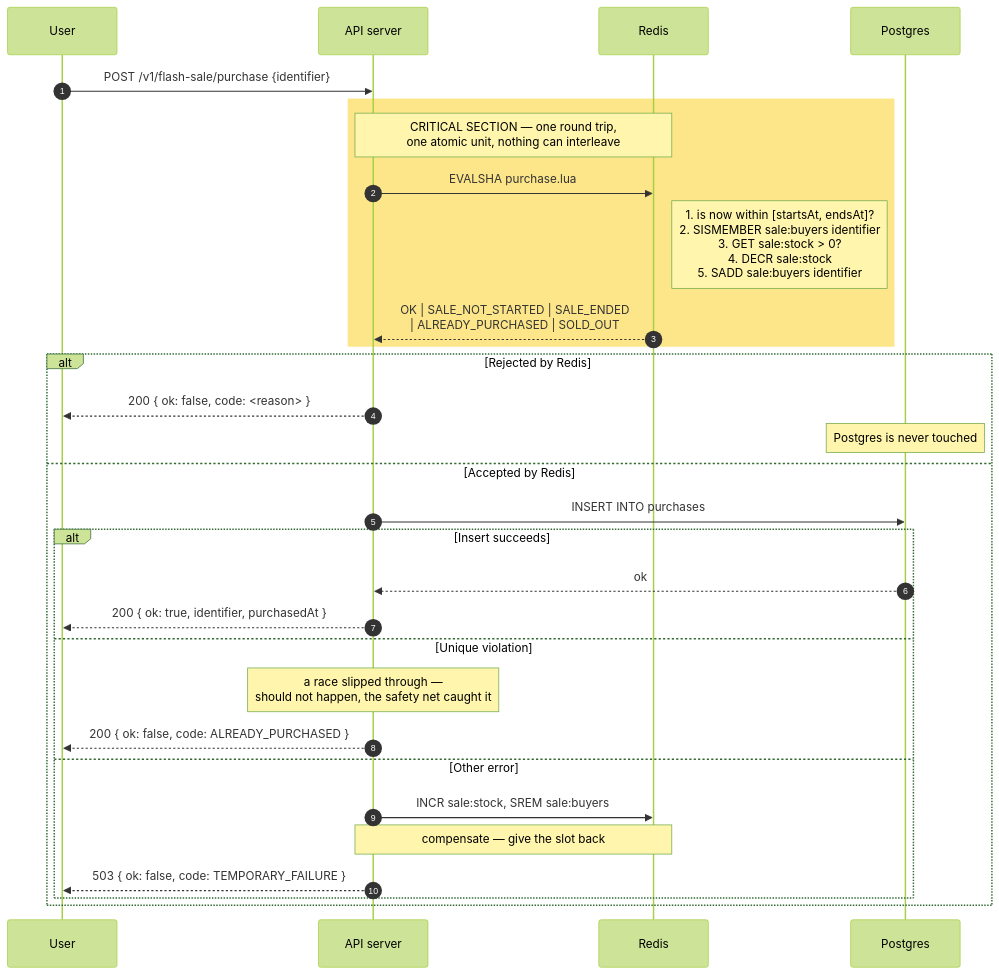
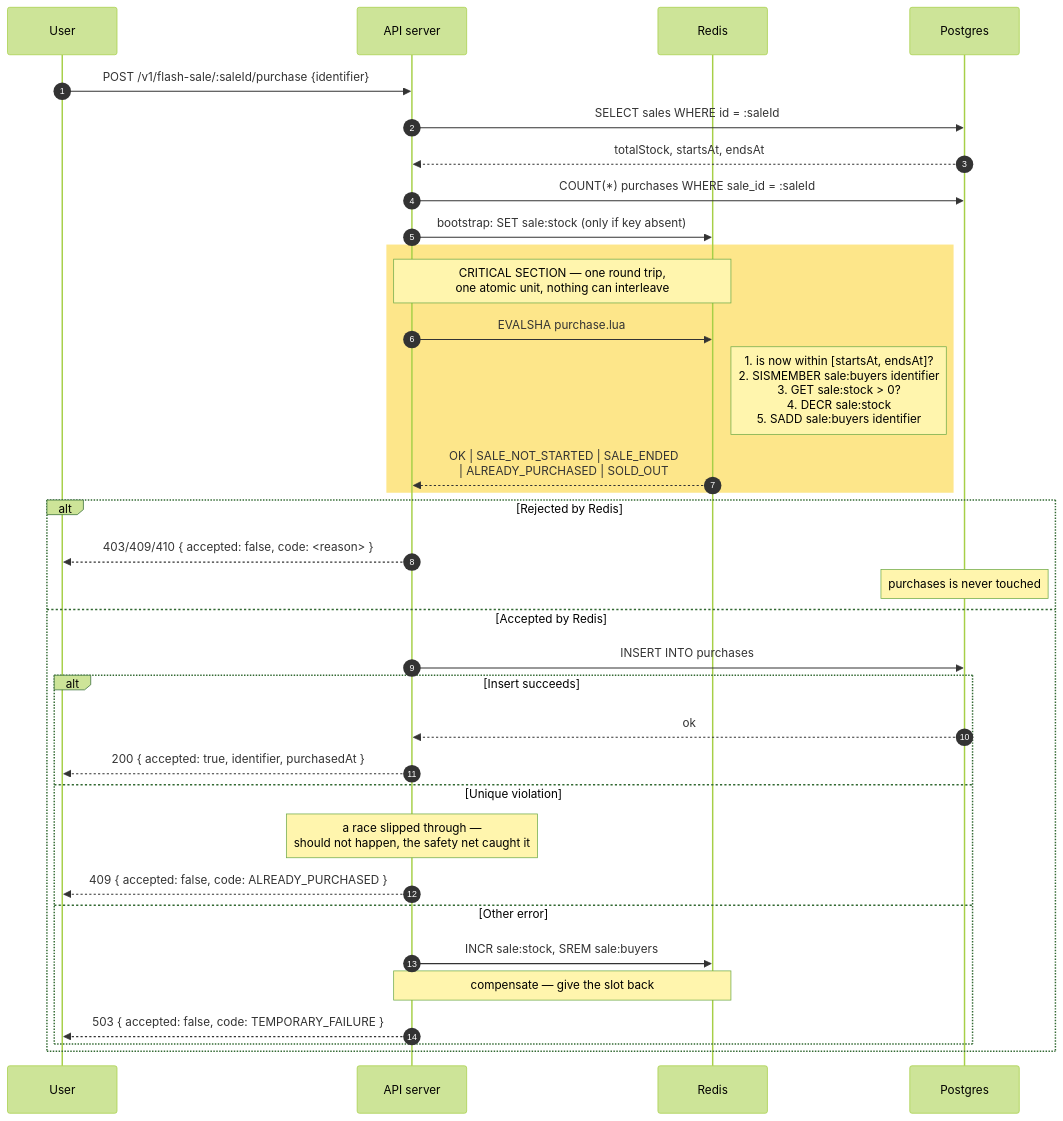
One commit to asrafmi/bookipi-technical-test changed the second of 2 diagrams in README.md. Above: the diagram before and after it, drawn with Mermaid (forest theme). The commit also changed other lines of this file and 2 other files, not shown here.

````diff
--- a/README.md
+++ b/README.md
@@ -109,35 +125,40 @@
 ```mermaid
 sequenceDiagram
     autonumber
     participant U as User
     participant API as API server
     participant R as Redis
     participant PG as Postgres
 
-    U->>API: POST /v1/flash-sale/purchase {identifier}
+    U->>API: POST /v1/flash-sale/:saleId/purchase {identifier}
+
+    API->>PG: SELECT sales WHERE id = :saleId
+    PG-->>API: totalStock, startsAt, endsAt
+    API->>PG: COUNT(*) purchases WHERE sale_id = :saleId
+    API->>R: bootstrap: SET sale:stock (only if key absent)
 
     rect rgb(253, 230, 138)
     Note over API,R: CRITICAL SECTION — one round trip,<br/>one atomic unit, nothing can interleave
     API->>R: EVALSHA purchase.lua
     Note right of R: 1. is now within [startsAt, endsAt]?<br/>2. SISMEMBER sale:buyers identifier<br/>3. GET sale:stock > 0?<br/>4. DECR sale:stock<br/>5. SADD sale:buyers identifier
     R-->>API: OK | SALE_NOT_STARTED | SALE_ENDED<br/>| ALREADY_PURCHASED | SOLD_OUT
     end
 
     alt Rejected by Redis
-        API-->>U: 200 { ok: false, code: <reason> }
-        Note over PG: Postgres is never touched
+        API-->>U: 403/409/410 { accepted: false, code: <reason> }
+        Note over PG: purchases is never touched
     else Accepted by Redis
         API->>PG: INSERT INTO purchases
         alt Insert succeeds
             PG-->>API: ok
-            API-->>U: 200 { ok: true, identifier, purchasedAt }
+            API-->>U: 200 { accepted: true, identifier, purchasedAt }
         else Unique violation
             Note over API: a race slipped through —<br/>should not happen, the safety net caught it
-            API-->>U: 200 { ok: false, code: ALREADY_PURCHASED }
+            API-->>U: 409 { accepted: false, code: ALREADY_PURCHASED }
         else Other error
             API->>R: INCR sale:stock, SREM sale:buyers
             Note over API,R: compensate — give the slot back
-            API-->>U: 503 { ok: false, code: TEMPORARY_FAILURE }
+            API-->>U: 503 { accepted: false, code: TEMPORARY_FAILURE }
         end
     end
 ```
````
